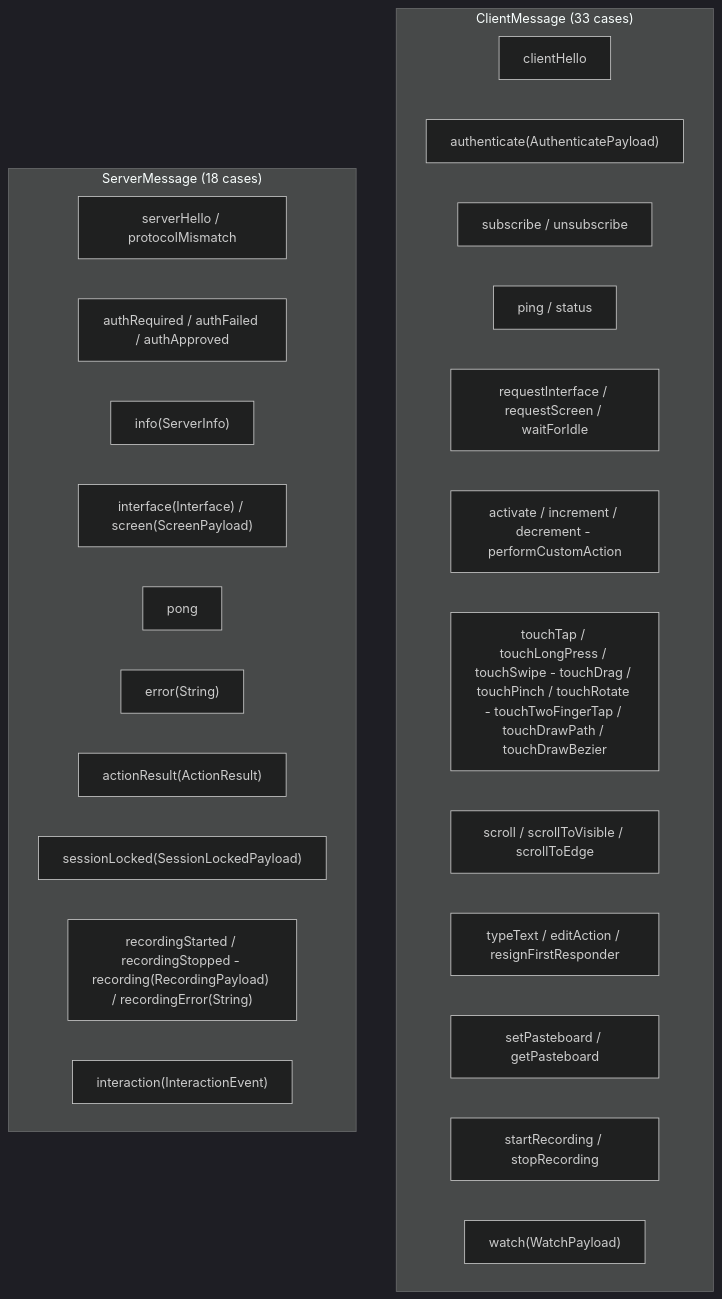
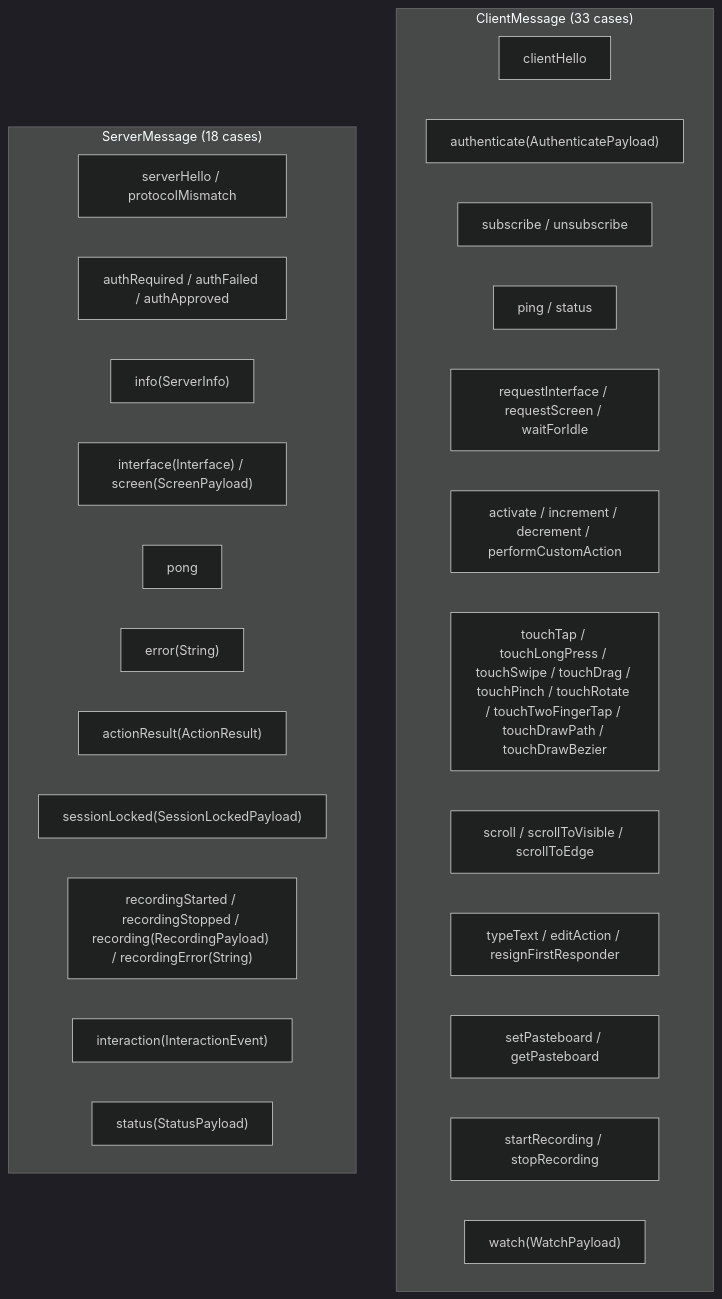
Before and after one commit to RoyalPineapple/TheButtonHeist: the second of 7 diagrams in docs/dossiers/01-THESCORE.md, drawn with Mermaid (dark theme). The commit also changed other lines of this file and 11 other files, not shown here.

````diff
--- a/docs/dossiers/01-THESCORE.md
+++ b/docs/dossiers/01-THESCORE.md
@@ -54,30 +63,31 @@
 ```mermaid
 graph TD
     subgraph ClientMessages["ClientMessage (33 cases)"]
         Hello["clientHello"]
         Auth["authenticate(AuthenticatePayload)"]
         Sub["subscribe / unsubscribe"]
         Ping["ping / status"]
         Query["requestInterface / requestScreen / waitForIdle"]
-        Actions["activate / increment / decrement - performCustomAction"]
-        Touch["touchTap / touchLongPress / touchSwipe - touchDrag / touchPinch / touchRotate - touchTwoFingerTap / touchDrawPath / touchDrawBezier"]
+        Actions["activate / increment / decrement / performCustomAction"]
+        Touch["touchTap / touchLongPress / touchSwipe / touchDrag / touchPinch / touchRotate / touchTwoFingerTap / touchDrawPath / touchDrawBezier"]
         Scroll["scroll / scrollToVisible / scrollToEdge"]
         Text["typeText / editAction / resignFirstResponder"]
         Pasteboard["setPasteboard / getPasteboard"]
         Recording["startRecording / stopRecording"]
         Watch["watch(WatchPayload)"]
     end
 
     subgraph ServerMessages["ServerMessage (18 cases)"]
         HelloResp["serverHello / protocolMismatch"]
         AuthResp["authRequired / authFailed / authApproved"]
         Info["info(ServerInfo)"]
         Data["interface(Interface) / screen(ScreenPayload)"]
         Pong["pong"]
         Error["error(String)"]
         Action["actionResult(ActionResult)"]
         Session["sessionLocked(SessionLockedPayload)"]
-        Rec["recordingStarted / recordingStopped - recording(RecordingPayload) / recordingError(String)"]
+        Rec["recordingStarted / recordingStopped / recording(RecordingPayload) / recordingError(String)"]
         Interaction["interaction(InteractionEvent)"]
+        Status["status(StatusPayload)"]
     end
 ```
````
